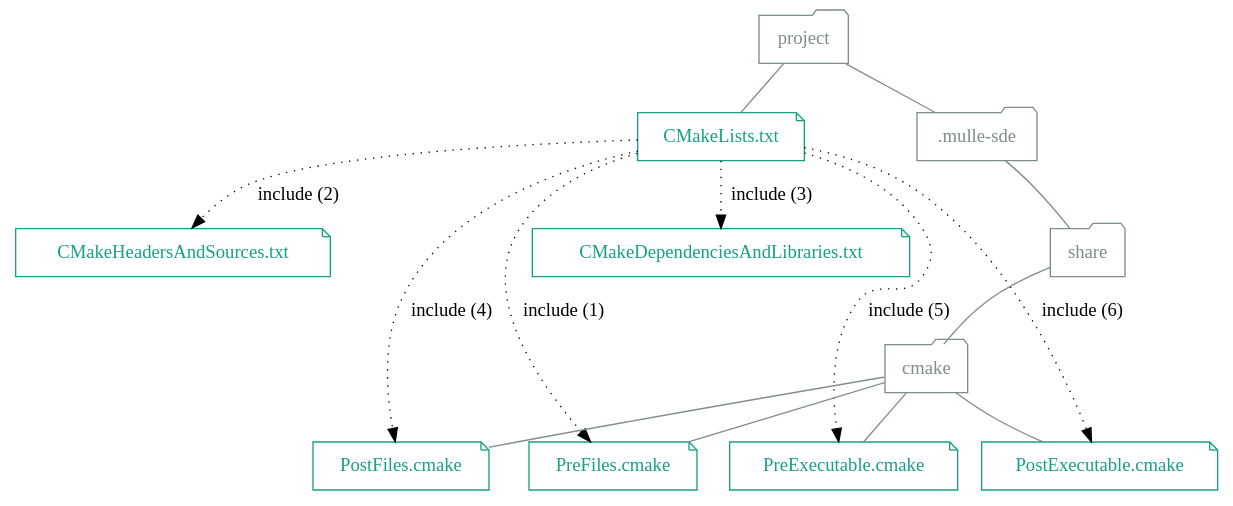
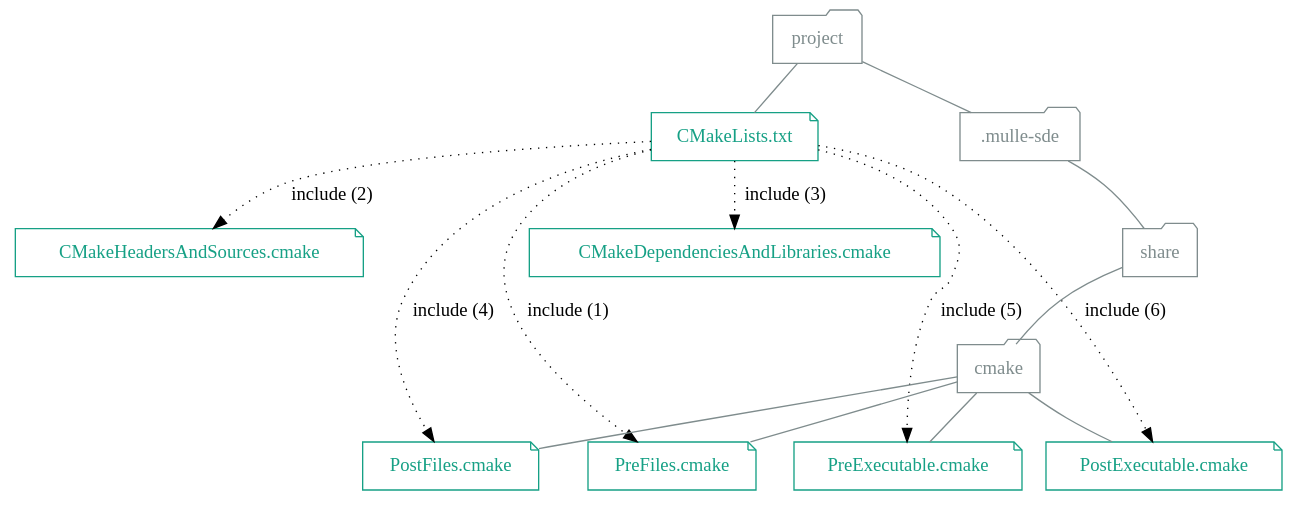
Before and after one commit to mulle-nat-stash/mulle-core-developer: the diagram in dox/mulle-sde-c-developer.dot, drawn with Graphviz. The commit also changed 14 other files, not shown here.

```diff
--- a/dox/mulle-sde-c-developer.dot
+++ b/dox/mulle-sde-c-developer.dot
@@ -1,45 +1,45 @@
 digraph G {
     graph [rankdir = TD];
 
     node[ shape=folder];
 
     { rank = same;  "CMakeLists.txt", ".mulle-sde" };
 
     "project"                           [ color="#7f8c8d", fontcolor="#7f8c8d" ]
 
     "project" -> "CMakeLists.txt"       [ arrowhead="none", color="#7f8c8d" ]
     "project" -> ".mulle-sde"         [ arrowhead="none", color="#7f8c8d" ]
 
     "CMakeLists.txt"                    [ shape="note", color="#16a085", fontcolor="#16a085" ]
 
-    "CMakeHeadersAndSources.txt"        [ shape="note", color="#16a085", fontcolor="#16a085" ]
-    "CMakeDependenciesAndLibraries.txt" [ shape="note", color="#16a085", fontcolor="#16a085" ]
+    "CMakeHeadersAndSources.cmake"        [ shape="note", color="#16a085", fontcolor="#16a085" ]
+    "CMakeDependenciesAndLibraries.cmake" [ shape="note", color="#16a085", fontcolor="#16a085" ]
 
-    "CMakeLists.txt" -> "CMakeHeadersAndSources.txt"         [ style="dotted", label="include (2)" ]
-    "CMakeLists.txt" -> "CMakeDependenciesAndLibraries.txt"  [ style="dotted", label="include (3)" ]
+    "CMakeLists.txt" -> "CMakeHeadersAndSources.cmake"         [ style="dotted", label="include (2)" ]
+    "CMakeLists.txt" -> "CMakeDependenciesAndLibraries.cmake"  [ style="dotted", label="include (3)" ]
 
 
     { rank = same;  "PreFiles.cmake", "PostFiles.cmake", "PreExecutable.cmake", "PostExecutable.cmake" };
 
     ".mulle-sde" -> "share"                 [ arrowhead="none", color="#7f8c8d" ]
     "share"      -> "cmake"                 [ arrowhead="none", color="#7f8c8d" ]
     "cmake"      -> "PreFiles.cmake"        [ arrowhead="none", color="#7f8c8d" ]
     "cmake"      -> "PostFiles.cmake"       [ arrowhead="none", color="#7f8c8d" ]
     "cmake"      -> "PreExecutable.cmake"   [ arrowhead="none", color="#7f8c8d" ]
     "cmake"      -> "PostExecutable.cmake"  [ arrowhead="none", color="#7f8c8d" ]
 
     ".mulle-sde"       [ color="#7f8c8d", fontcolor="#7f8c8d" ]
     "share"            [ color="#7f8c8d", fontcolor="#7f8c8d" ]
     "cmake"            [ color="#7f8c8d", fontcolor="#7f8c8d" ]
 
     "PreFiles.cmake"         [ shape="note", color="#16a085", fontcolor="#16a085" ]
     "PostFiles.cmake"        [ shape="note", color="#16a085", fontcolor="#16a085" ]
     "PreExecutable.cmake"    [ shape="note", color="#16a085", fontcolor="#16a085" ]
     "PostExecutable.cmake"   [ shape="note", color="#16a085", fontcolor="#16a085" ]
 
     "CMakeLists.txt" -> "PreFiles.cmake"        [ style="dotted", label="include (1)" ]
     "CMakeLists.txt" -> "PostFiles.cmake"       [ style="dotted", label="include (4)" ]
     "CMakeLists.txt" -> "PreExecutable.cmake"   [ style="dotted", label="include (5)" ]
     "CMakeLists.txt" -> "PostExecutable.cmake"  [ style="dotted", label="include (6)" ]
 
 }
```
